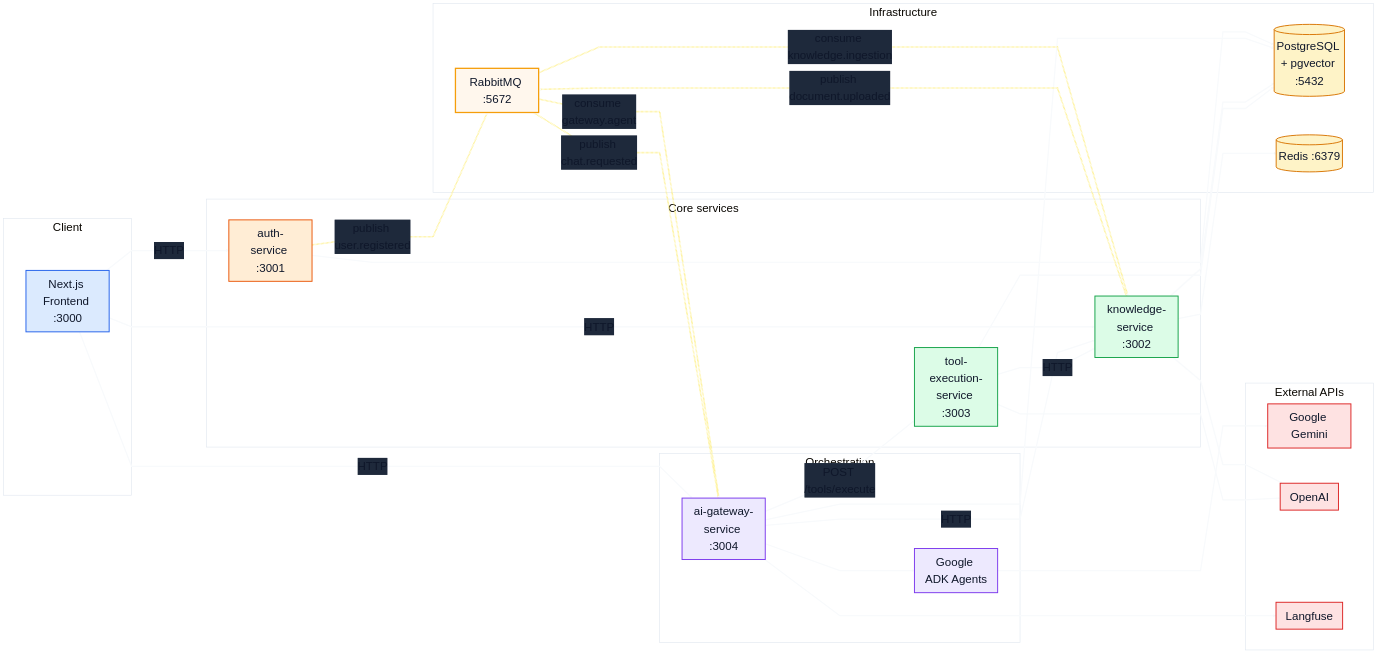
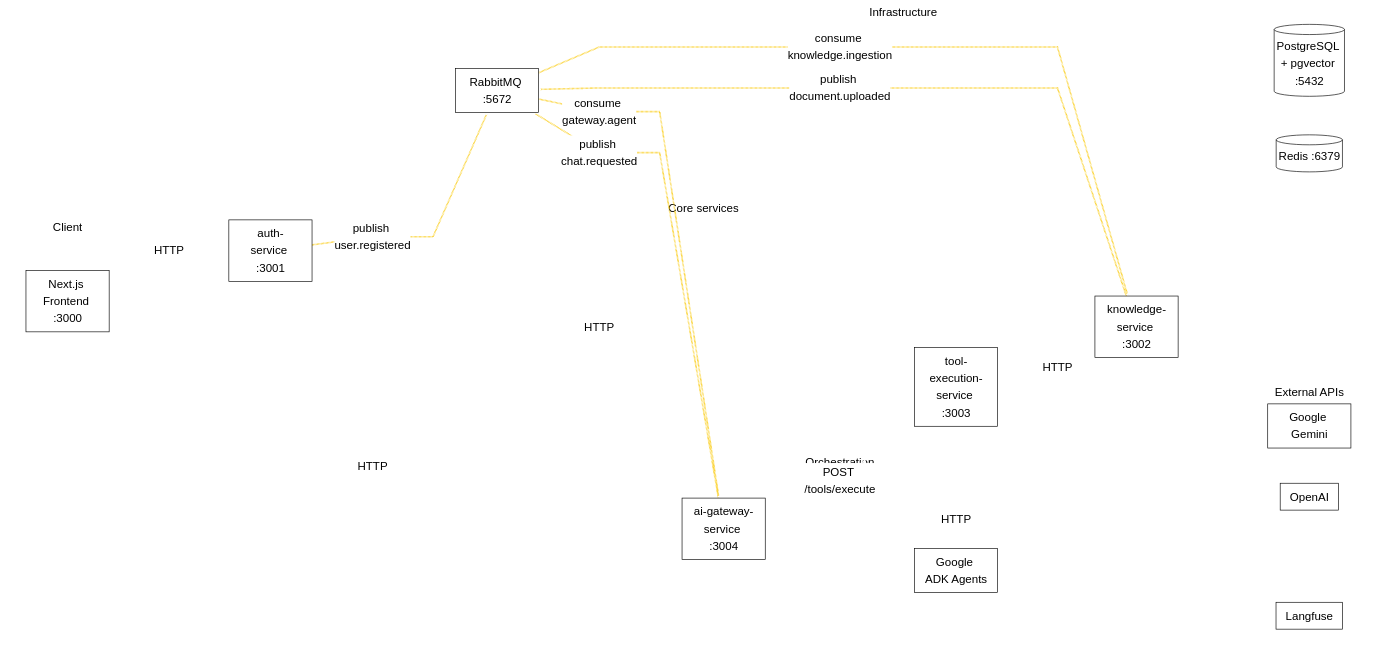
One commit to Danilka-Akarawita/Assignment changed the first of 2 diagrams in README.md. Above: the diagram before and after it, drawn with Mermaid. The commit also changed other lines of this file, not shown here.

Commit message:
modified the  diagram

````diff
--- a/README.md
+++ b/README.md
@@ -34,82 +34,70 @@
 ```mermaid
-%%{init: {'theme':'base','flowchart': {'curve':'linear','nodeSpacing': 110,'rankSpacing': 140,'htmlLabels': true},'themeVariables': {'fontFamily':'Arial','fontSize':'36px','lineColor':'#f8fafc','primaryTextColor':'#0f172a','edgeLabelBackground':'#1e293b','edgeLabelColor':'#f8fafc'}}}%%
+%%{init: {'theme':'base','flowchart': {'curve':'linear','nodeSpacing': 110,'rankSpacing': 140,'htmlLabels': true},'themeVariables': {'fontFamily':'Arial','fontSize':'36px','background':'#000000','mainBkg':'#000000','clusterBkg':'#ffffff','clusterBorder':'#ffffff','titleColor':'#000000','primaryColor':'#ffffff','primaryTextColor':'#000000','secondaryTextColor':'#000000','tertiaryTextColor':'#000000','primaryBorderColor':'#000000','lineColor':'#ffffff','edgeLabelBackground':'#ffffff','edgeLabelColor':'#000000'}}}%%
 flowchart LR
   subgraph client [Client]
     FE[Next.js Frontend :3000]
   end
 
   subgraph orchestration [Orchestration]
     GW[ai-gateway-service :3004]
     ADK[Google ADK Agents]
   end
 
   subgraph core [Core services]
     AUTH[auth-service :3001]
     KNOW[knowledge-service :3002]
     TOOLS[tool-execution-service :3003]
   end
 
   subgraph infra [Infrastructure]
     PG[(PostgreSQL + pgvector :5432)]
     RMQ[RabbitMQ :5672]
     REDIS[(Redis :6379)]
   end
 
   subgraph externalGroup [External APIs]
     GEMINI[Google Gemini]
     OPENAI[OpenAI]
     LF[Langfuse]
   end
 
   FE ==>|HTTP| AUTH
   FE ==>|HTTP| GW
   FE ==>|HTTP| KNOW
 
   GW ==> ADK
   GW ==>|HTTP| KNOW
   GW ==>|POST /tools/execute| TOOLS
   TOOLS ==>|HTTP| KNOW
 
   AUTH ==> PG
   GW ==> PG
   KNOW ==> PG
   TOOLS ==> PG
 
   KNOW ==> REDIS
   KNOW ==> OPENAI
   TOOLS ==> OPENAI
 
   ADK ==> GEMINI
   GW ==> LF
 
   AUTH -.->|publish user.registered| RMQ
   KNOW -.->|publish document.uploaded| RMQ
   RMQ -.->|consume knowledge.ingestion| KNOW
   GW -.->|publish chat.requested| RMQ
   RMQ -.->|consume gateway.agent| GW
 
-  style client fill:transparent,stroke:#e2e8f0,stroke-width:2px
-  style orchestration fill:transparent,stroke:#e2e8f0,stroke-width:2px
-  style core fill:transparent,stroke:#e2e8f0,stroke-width:2px
-  style infra fill:transparent,stroke:#e2e8f0,stroke-width:2px
-  style externalGroup fill:transparent,stroke:#e2e8f0,stroke-width:2px
+  style client fill:#ffffff,stroke:#ffffff,color:#000000,stroke-width:2px
+  style orchestration fill:#ffffff,stroke:#ffffff,color:#000000,stroke-width:2px
+  style core fill:#ffffff,stroke:#ffffff,color:#000000,stroke-width:2px
+  style infra fill:#ffffff,stroke:#ffffff,color:#000000,stroke-width:2px
+  style externalGroup fill:#ffffff,stroke:#ffffff,color:#000000,stroke-width:2px
 
-  classDef ui fill:#dbeafe,stroke:#2563eb,color:#0f172a,stroke-width:3px,font-size:36px;
-  classDef auth fill:#ffedd5,stroke:#ea580c,color:#0f172a,stroke-width:3px,font-size:36px;
-  classDef gateway fill:#ede9fe,stroke:#7c3aed,color:#0f172a,stroke-width:3px,font-size:36px;
-  classDef services fill:#dcfce7,stroke:#16a34a,color:#0f172a,stroke-width:3px,font-size:36px;
-  classDef storage fill:#fef3c7,stroke:#d97706,color:#0f172a,stroke-width:3px,font-size:36px;
-  classDef external fill:#fee2e2,stroke:#dc2626,color:#0f172a,stroke-width:3px,font-size:36px;
-  classDef rmq fill:#fff7ed,stroke:#f59e0b,color:#0f172a,stroke-width:4px,font-size:36px;
+  classDef node fill:#ffffff,stroke:#000000,color:#000000,stroke-width:2px,font-size:36px;
 
-  class FE ui;
-  class AUTH auth;
-  class GW,ADK gateway;
-  class KNOW,TOOLS services;
-  class PG,REDIS storage;
-  class RMQ rmq;
-  class GEMINI,OPENAI,LF external;
+  class FE,GW,ADK,AUTH,KNOW,TOOLS,PG,RMQ,REDIS,GEMINI,OPENAI,LF node;
 
-  linkStyle default stroke:#f8fafc,stroke-width:4px
-  linkStyle 16,17,18,19,20 stroke:#fef08a,stroke-width:5px
+  linkStyle default stroke:#ffffff,stroke-width:4px
+  linkStyle 16,17,18,19,20 stroke:#facc15,stroke-width:5px
 ```
````
